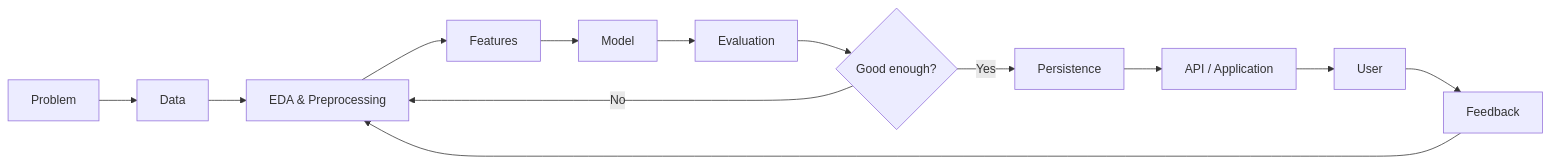
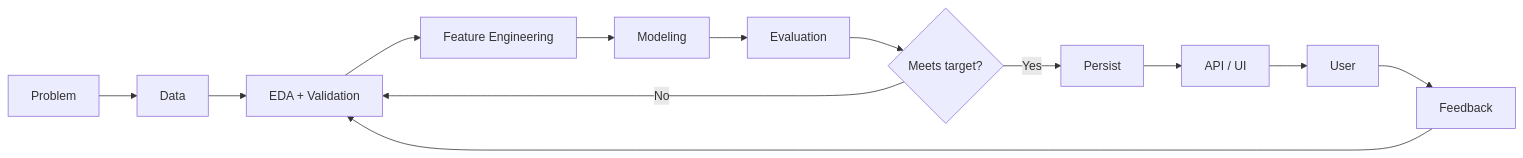
Before and after one commit to RITESH2127/RITESH2127: the diagram in README.md, drawn with Mermaid. The commit also changed other lines of this file, not shown here.

Commit message:
Redesign profile README for a premium engineering portfolio

````diff
--- a/README.md
+++ b/README.md
@@ -267,15 +279,15 @@
 ```mermaid
 flowchart LR
-    A[Problem] --> B[Data]
-    B --> C[EDA & Preprocessing]
-    C --> D[Features]
-    D --> E[Model]
-    E --> F[Evaluation]
-    F --> G{Good enough?}
-    G -- No --> C
-    G -- Yes --> H[Persistence]
-    H --> I[API / Application]
-    I --> J[User]
-    J --> K[Feedback]
+    A["Problem"] --> B["Data"]
+    B --> C["EDA + Validation"]
+    C --> D["Feature Engineering"]
+    D --> E["Modeling"]
+    E --> F["Evaluation"]
+    F --> G{"Meets target?"}
+    G -- "No" --> C
+    G -- "Yes" --> H["Persist"]
+    H --> I["API / UI"]
+    I --> J["User"]
+    J --> K["Feedback"]
     K --> C
 ```
````
